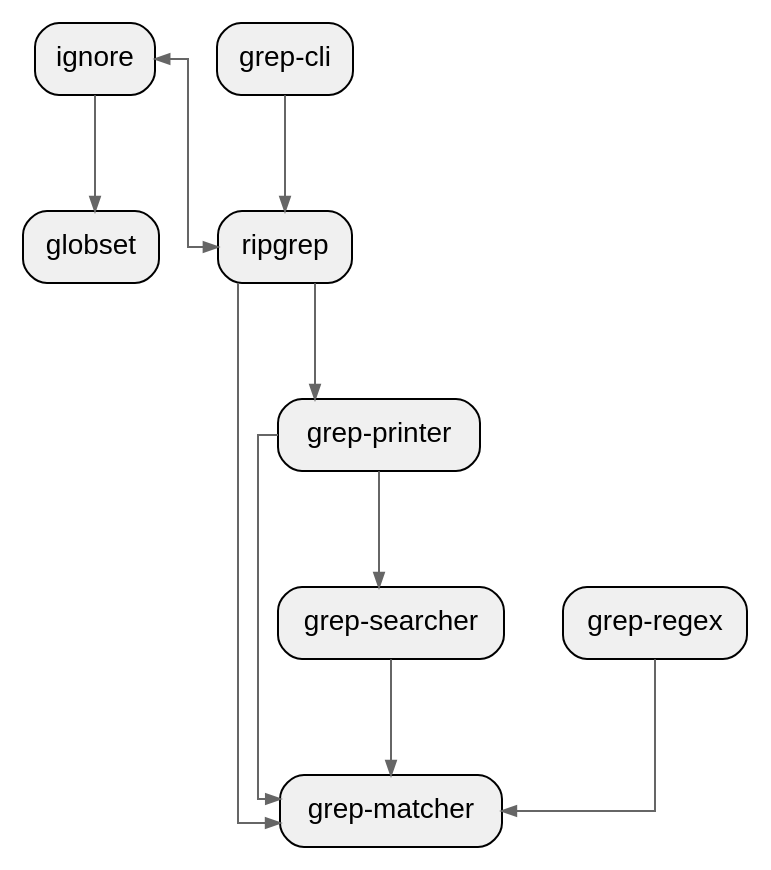
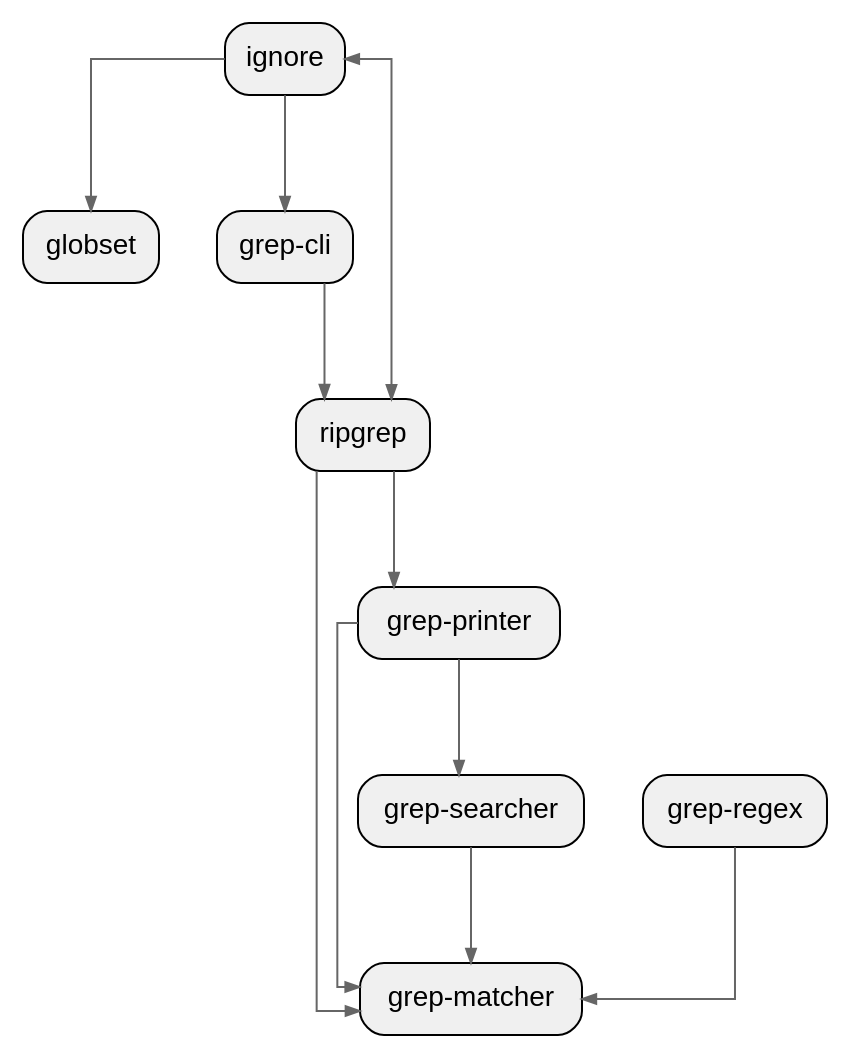
The diagram in sample/rust/ripgrep-pagerank/depth_1_crate.dot (allenanswerzq/llmcc), drawn with Graphviz before and after one commit. The commit also changed 374 other files, not shown here.

```diff
--- a/sample/rust/ripgrep-pagerank/depth_1_crate.dot
+++ b/sample/rust/ripgrep-pagerank/depth_1_crate.dot
@@ -1,35 +1,36 @@
 digraph architecture {
   // Layout settings
   rankdir=TB;
   ranksep=0.8;
   nodesep=0.4;
   splines=ortho;
   concentrate=true;
 
   node [shape=box, style="rounded,filled", fillcolor="#f0f0f0", fontname="Helvetica"];
   edge [color="#666666", arrowsize=0.7];
 
   labelloc=t;
   fontsize=16;
   fontname="Helvetica Bold";
 
   crate_globset[label="globset", folder="/home/yibai/llmcc/sample/repos/ripgrep/crates/globset"];
   crate_grep_cli[label="grep-cli", folder="/home/yibai/llmcc/sample/repos/ripgrep/crates/cli"];
   crate_grep_matcher[label="grep-matcher", folder="/home/yibai/llmcc/sample/repos/ripgrep/crates/matcher"];
   crate_grep_printer[label="grep-printer", folder="/home/yibai/llmcc/sample/repos/ripgrep/crates/printer"];
   crate_grep_regex[label="grep-regex", folder="/home/yibai/llmcc/sample/repos/ripgrep/crates/regex"];
   crate_grep_searcher[label="grep-searcher", folder="/home/yibai/llmcc/sample/repos/ripgrep/crates/searcher"];
   crate_ignore[label="ignore", folder="/home/yibai/llmcc/sample/repos/ripgrep/crates/ignore"];
   crate_ripgrep[label="ripgrep", folder="/home/yibai/llmcc/sample/repos/ripgrep"];
 
   crate_grep_cli -> crate_ripgrep;
   crate_grep_printer -> crate_grep_matcher;
   crate_grep_printer -> crate_grep_searcher;
   crate_grep_regex -> crate_grep_matcher;
   crate_grep_searcher -> crate_grep_matcher;
   crate_ignore -> crate_globset;
+  crate_ignore -> crate_grep_cli;
   crate_ignore -> crate_ripgrep;
   crate_ripgrep -> crate_grep_matcher;
   crate_ripgrep -> crate_grep_printer;
   crate_ripgrep -> crate_ignore;
 }
```
